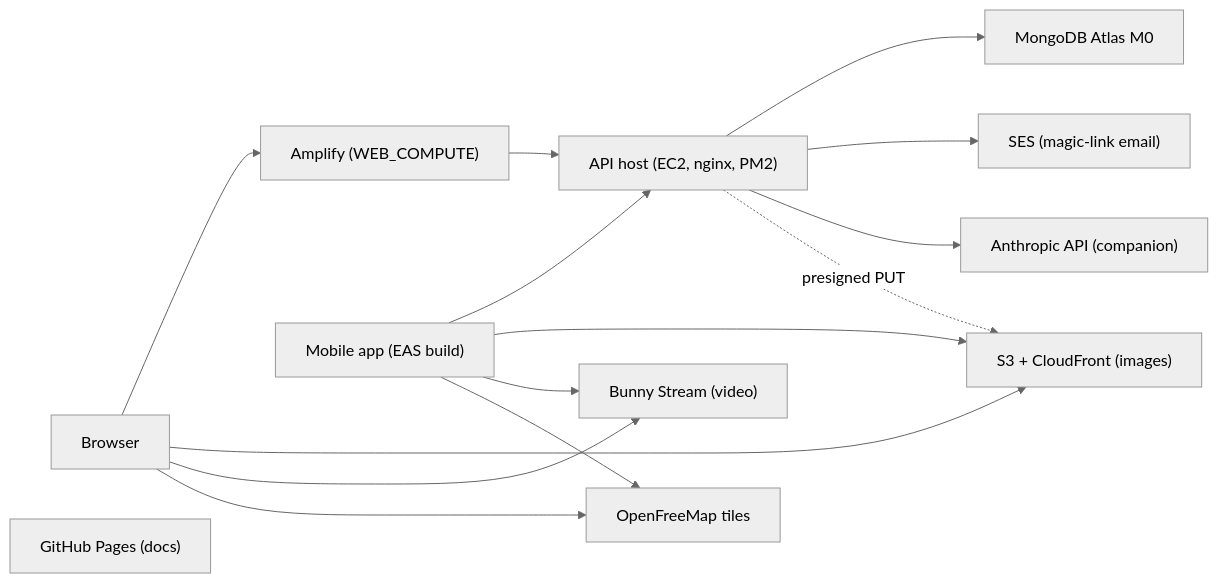
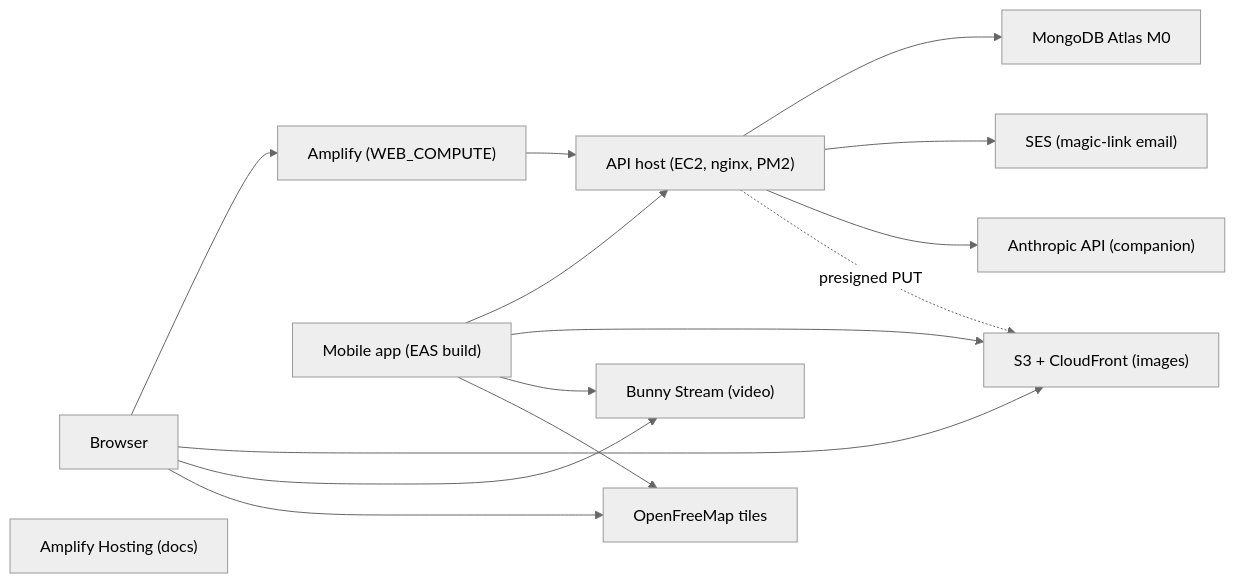
One commit to wbaxterh/vegan-grove-docs changed the diagram in docs/deployment/index.md. Above: the diagram before and after it, drawn with Mermaid (neutral theme). The commit also changed other lines of this file and 10 other files, not shown here.

First line of the commit message:
chore(deploy): move docs hosting from GitHub Pages to Amplify

````diff
--- a/docs/deployment/index.md
+++ b/docs/deployment/index.md
@@ -32,17 +32,17 @@
 ```mermaid
 flowchart LR
   Browser --> Amplify["Amplify (WEB_COMPUTE)"]
   Mobile["Mobile app (EAS build)"] --> API
   Amplify --> API["API host (EC2, nginx, PM2)"]
   API --> Atlas["MongoDB Atlas M0"]
   API --> SES["SES (magic-link email)"]
   API --> Anthropic["Anthropic API (companion)"]
   API -. presigned PUT .-> S3["S3 + CloudFront (images)"]
   Browser --> S3
   Mobile --> S3
   Browser --> Bunny["Bunny Stream (video)"]
   Mobile --> Bunny
   Browser --> Tiles["OpenFreeMap tiles"]
   Mobile --> Tiles
-  Docs["GitHub Pages (docs)"]
+  Docs["Amplify Hosting (docs)"]
 ```
````
